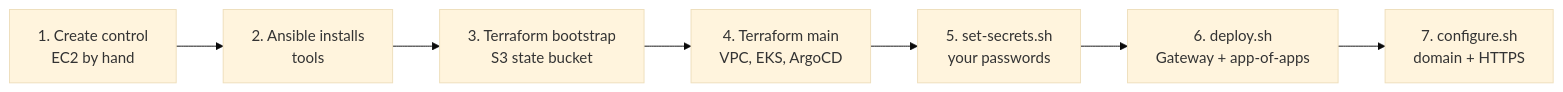
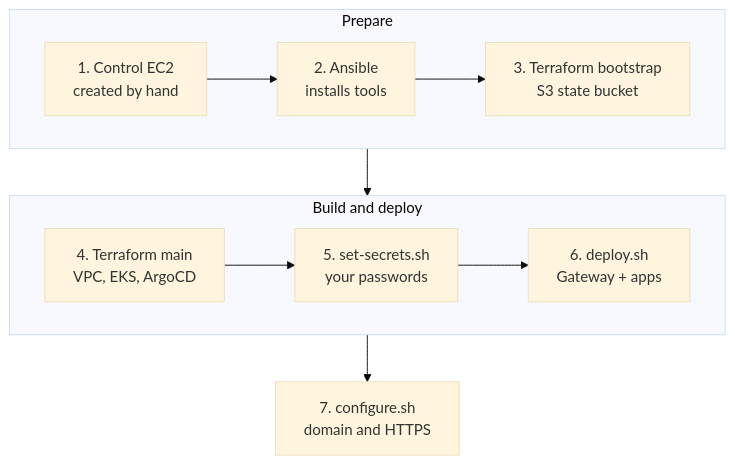
One commit to shashankcodes-10/NexaBank changed the eighth of 8 diagrams in README.md. Above: the diagram before and after it, drawn with Mermaid (base theme). The commit also changed other lines of this file and 7 other files, not shown here.

Commit message:
docs: readable diagrams and application screenshots in the README

````diff
--- a/README.md
+++ b/README.md
@@ -327,9 +374,13 @@
 ```mermaid
-flowchart LR
-    a[1. Create control<br/>EC2 by hand] --> b[2. Ansible installs<br/>tools]
-    b --> c[3. Terraform bootstrap<br/>S3 state bucket]
-    c --> d[4. Terraform main<br/>VPC, EKS, ArgoCD]
-    d --> e[5. set-secrets.sh<br/>your passwords]
-    e --> f[6. deploy.sh<br/>Gateway + app-of-apps]
-    f --> g[7. configure.sh<br/>domain + HTTPS]
+flowchart TB
+    subgraph a["Prepare"]
+        direction LR
+        s1[1. Control EC2<br/>created by hand] --> s2[2. Ansible<br/>installs tools] --> s3[3. Terraform bootstrap<br/>S3 state bucket]
+    end
+    subgraph b["Build and deploy"]
+        direction LR
+        s4[4. Terraform main<br/>VPC, EKS, ArgoCD] --> s5[5. set-secrets.sh<br/>your passwords] --> s6[6. deploy.sh<br/>Gateway + apps]
+    end
+    s7[7. configure.sh<br/>domain and HTTPS]
+    a --> b --> s7
 ```
````
